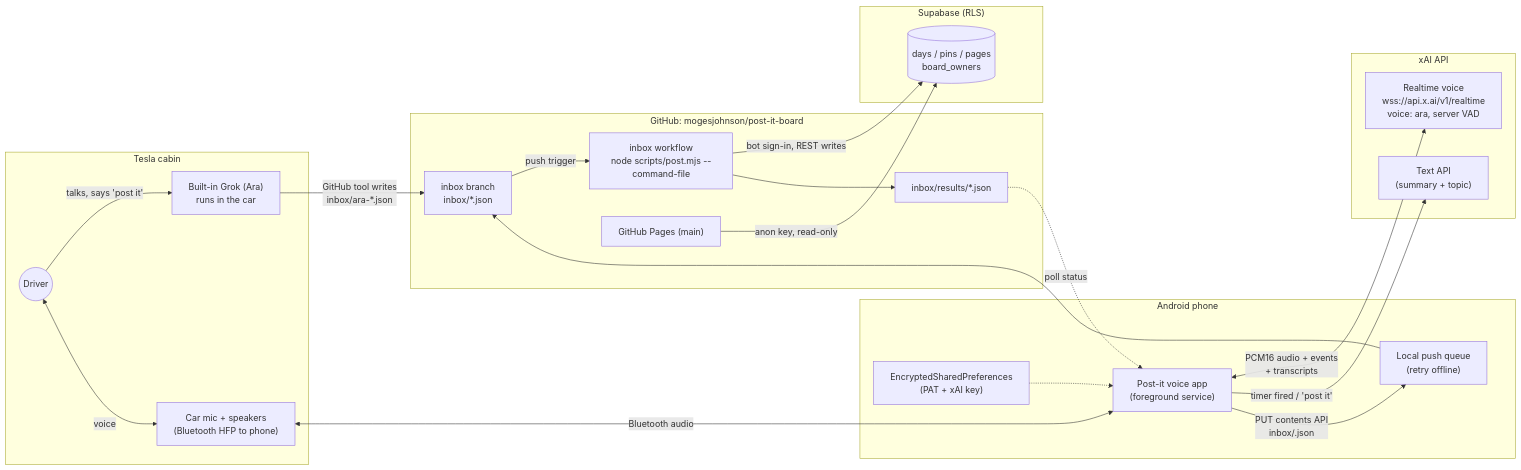
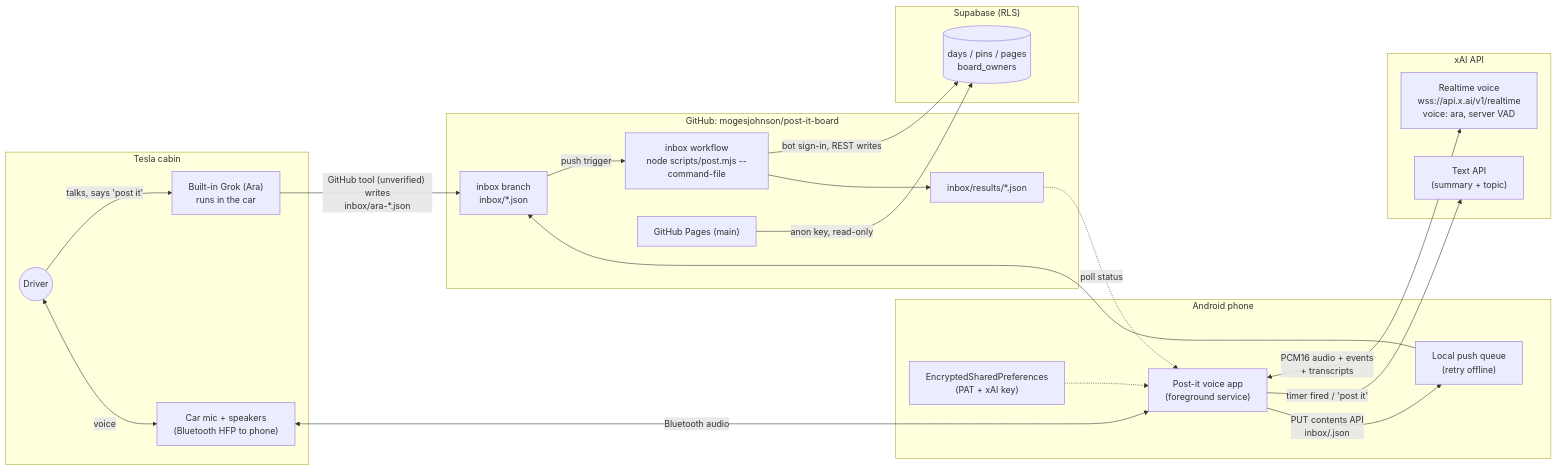
The second of 3 diagrams in docs/architecture.md (mogesjohnson/how-to-post-it), drawn with Mermaid before and after one commit. The commit also changed other lines of this file and 9 other files, not shown here.

````diff
--- a/docs/architecture.md
+++ b/docs/architecture.md
@@ -231,50 +233,50 @@
 ```mermaid
 flowchart LR
   subgraph Car["Tesla cabin"]
     Driver(("Driver"))
     BuiltIn["Built-in Grok (Ara)<br/>runs in the car"]
     CarAudio["Car mic + speakers<br/>(Bluetooth HFP to phone)"]
   end
 
   subgraph Phone["Android phone"]
     App["Post-it voice app<br/>(foreground service)"]
     Store["EncryptedSharedPreferences<br/>(PAT + xAI key)"]
     Queue["Local push queue<br/>(retry offline)"]
   end
 
   subgraph XAI["xAI API"]
     RT["Realtime voice<br/>wss://api.x.ai/v1/realtime<br/>voice: ara, server VAD"]
     TXT["Text API<br/>(summary + topic)"]
   end
 
   subgraph GH["GitHub: mogesjohnson/post-it-board"]
     Inbox["inbox branch<br/>inbox/*.json"]
     Actions["inbox workflow<br/>node scripts/post.mjs --command-file"]
     Results["inbox/results/*.json"]
     Pages["GitHub Pages (main)"]
   end
 
   subgraph SB["Supabase (RLS)"]
     DB[("days / pins / pages<br/>board_owners")]
   end
 
   %% Ara "post it"
   Driver -- "talks, says 'post it'" --> BuiltIn
-  BuiltIn -- "GitHub tool writes<br/>inbox/ara-*.json" --> Inbox
+  BuiltIn -- "GitHub tool (unverified) writes<br/>inbox/ara-*.json" --> Inbox
 
   %% Legacy app
   Driver <-- "voice" --> CarAudio
   CarAudio <-- "Bluetooth audio" --> App
   App <-- "PCM16 audio + events<br/>+ transcripts" --> RT
   App -- "timer fired / 'post it'" --> TXT
   Store -.-> App
   App -- "PUT contents API<br/>inbox/<session-id>.json" --> Queue
   Queue --> Inbox
 
   %% Shared
   Inbox -- "push trigger" --> Actions
   Actions -- "bot sign-in, REST writes" --> DB
   Actions --> Results
   Results -. "poll status" .-> App
   Pages -- "anon key, read-only" --> DB
 ```
````
